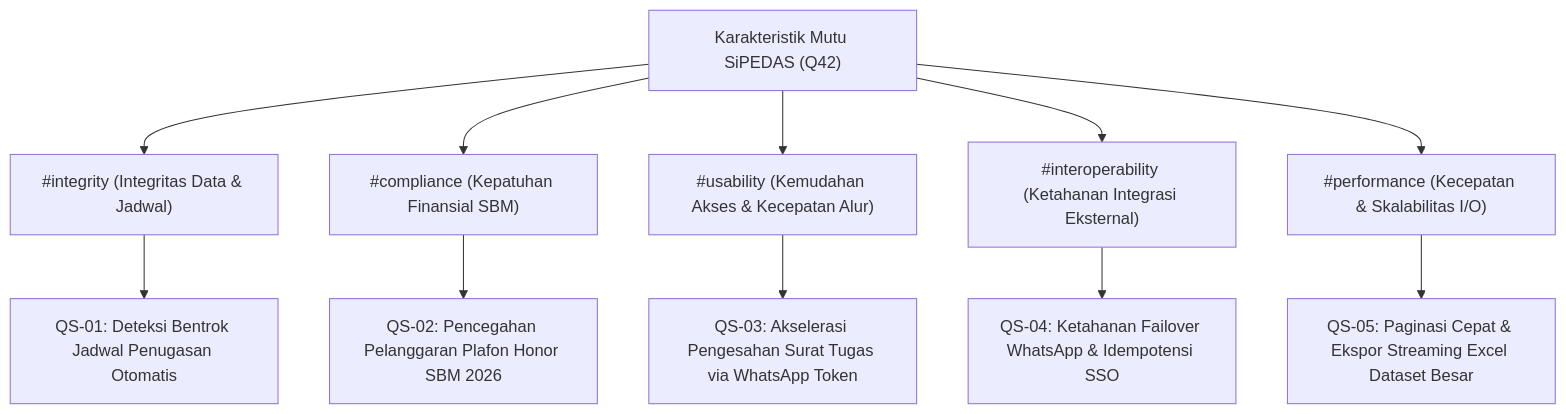
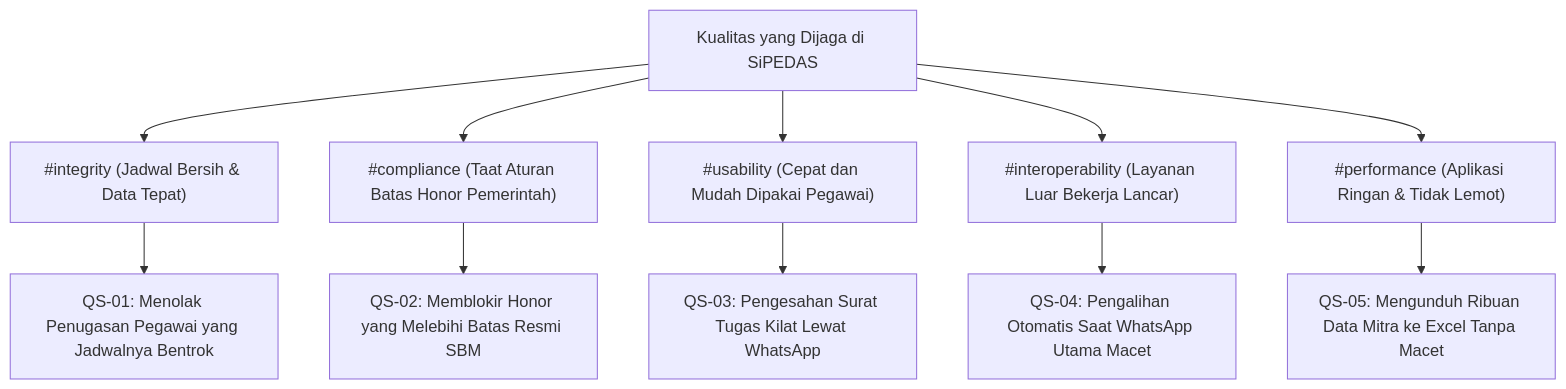
One commit to ihkaru/sipedas changed the diagram in docs/architecture/10_quality_requirements.md. Above: the diagram before and after it, drawn with Mermaid. The commit also changed other lines of this file and 11 other files, not shown here.

Commit message:
docs(arc42): rewrite enterprise architecture documentation into crystal-clear plain Indonesian without jargon

````diff
--- a/docs/architecture/10_quality_requirements.md
+++ b/docs/architecture/10_quality_requirements.md
@@ -15,15 +15,15 @@
 ```mermaid
 graph TD
-    Q["Karakteristik Mutu SiPEDAS (Q42)"]
-    Q --> Q1["#integrity (Integritas Data & Jadwal)"]
-    Q --> Q2["#compliance (Kepatuhan Finansial SBM)"]
-    Q --> Q3["#usability (Kemudahan Akses & Kecepatan Alur)"]
-    Q --> Q4["#interoperability (Ketahanan Integrasi Eksternal)"]
-    Q --> Q5["#performance (Kecepatan & Skalabilitas I/O)"]
+    Q["Kualitas yang Dijaga di SiPEDAS"]
+    Q --> Q1["#integrity (Jadwal Bersih & Data Tepat)"]
+    Q --> Q2["#compliance (Taat Aturan Batas Honor Pemerintah)"]
+    Q --> Q3["#usability (Cepat dan Mudah Dipakai Pegawai)"]
+    Q --> Q4["#interoperability (Layanan Luar Bekerja Lancar)"]
+    Q --> Q5["#performance (Aplikasi Ringan & Tidak Lemot)"]
 
-    Q1 --> QS1["QS-01: Deteksi Bentrok Jadwal Penugasan Otomatis"]
-    Q2 --> QS2["QS-02: Pencegahan Pelanggaran Plafon Honor SBM 2026"]
-    Q3 --> QS3["QS-03: Akselerasi Pengesahan Surat Tugas via WhatsApp Token"]
-    Q4 --> QS4["QS-04: Ketahanan Failover WhatsApp & Idempotensi SSO"]
-    Q5 --> QS5["QS-05: Paginasi Cepat & Ekspor Streaming Excel Dataset Besar"]
+    Q1 --> QS1["QS-01: Menolak Penugasan Pegawai yang Jadwalnya Bentrok"]
+    Q2 --> QS2["QS-02: Memblokir Honor yang Melebihi Batas Resmi SBM"]
+    Q3 --> QS3["QS-03: Pengesahan Surat Tugas Kilat Lewat WhatsApp"]
+    Q4 --> QS4["QS-04: Pengalihan Otomatis Saat WhatsApp Utama Macet"]
+    Q5 --> QS5["QS-05: Mengunduh Ribuan Data Mitra ke Excel Tanpa Macet"]
 ```
````
